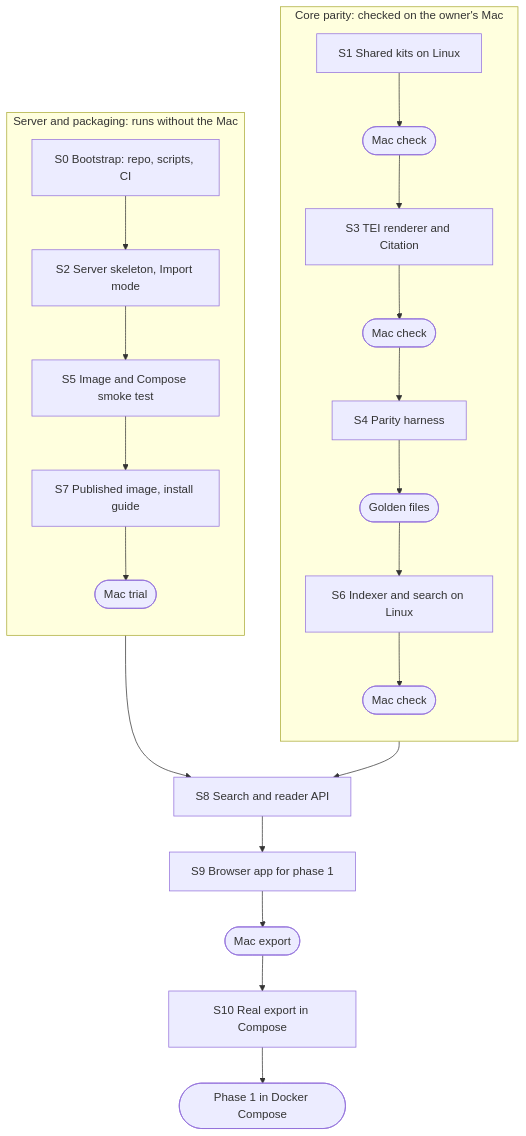
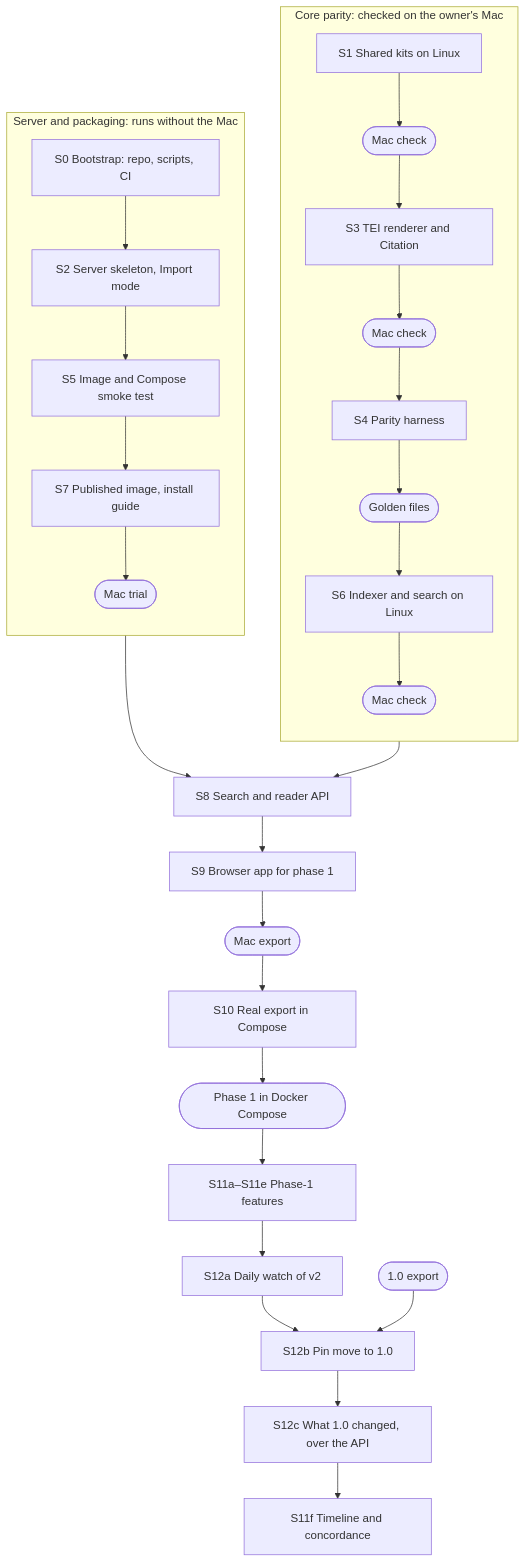
One commit to joshbotts/FRUS-Explorer-Web-App changed the diagram in docs/PLAN.md. Above: the diagram before and after it, drawn with Mermaid. The commit also changed other lines of this file and 3 other files, not shown here.

First line of the commit message:
The plan catches up with FRUS Explorer 1.0 before feature work goes on: the daily watch, the pin move to 1.0, and what 1.0 changed, ahead of S11f

````diff
--- a/docs/PLAN.md
+++ b/docs/PLAN.md
@@ -121,14 +121,16 @@
 ```mermaid
 flowchart TB
   subgraph core["Core parity: checked on the owner's Mac"]
     direction TB
     S1["S1 Shared kits on Linux"] --> G1(["Mac check"]) --> S3["S3 TEI renderer and Citation"] --> G2(["Mac check"]) --> S4["S4 Parity harness"] --> G3(["Golden files"]) --> S6["S6 Indexer and search on Linux"] --> G4(["Mac check"])
   end
   subgraph server["Server and packaging: runs without the Mac"]
     direction TB
     S0["S0 Bootstrap: repo, scripts, CI"] --> S2["S2 Server skeleton, Import mode"] --> S5["S5 Image and Compose smoke test"] --> S7["S7 Published image, install guide"] --> G5(["Mac trial"])
   end
   G4 --> S8["S8 Search and reader API"]
   G5 --> S8
   S8 --> S9["S9 Browser app for phase 1"] --> G6(["Mac export"]) --> S10["S10 Real export in Compose"] --> M(["Phase 1 in Docker Compose"])
+  M --> S11["S11a–S11e Phase-1 features"] --> S12a["S12a Daily watch of v2"] --> S12b["S12b Pin move to 1.0"] --> S12c["S12c What 1.0 changed, over the API"] --> S11f["S11f Timeline and concordance"]
+  G7(["1.0 export"]) --> S12b
 ```
````
